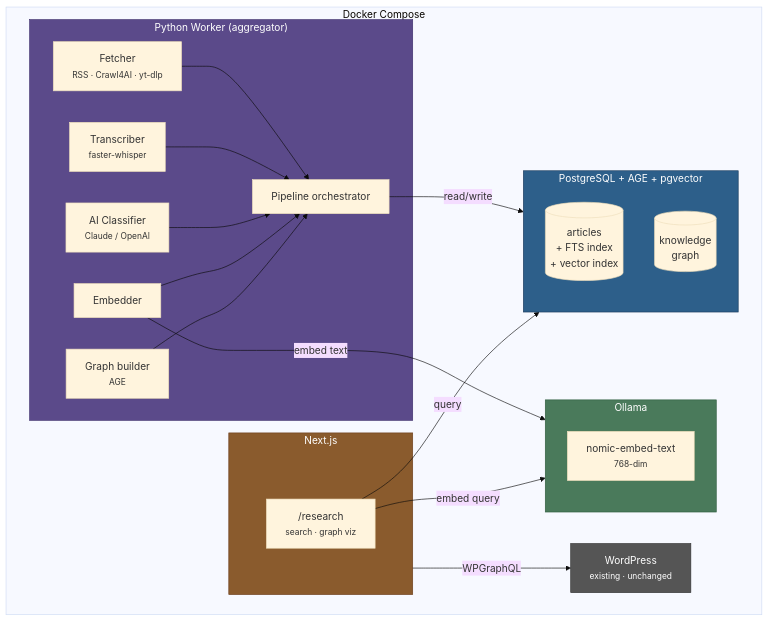
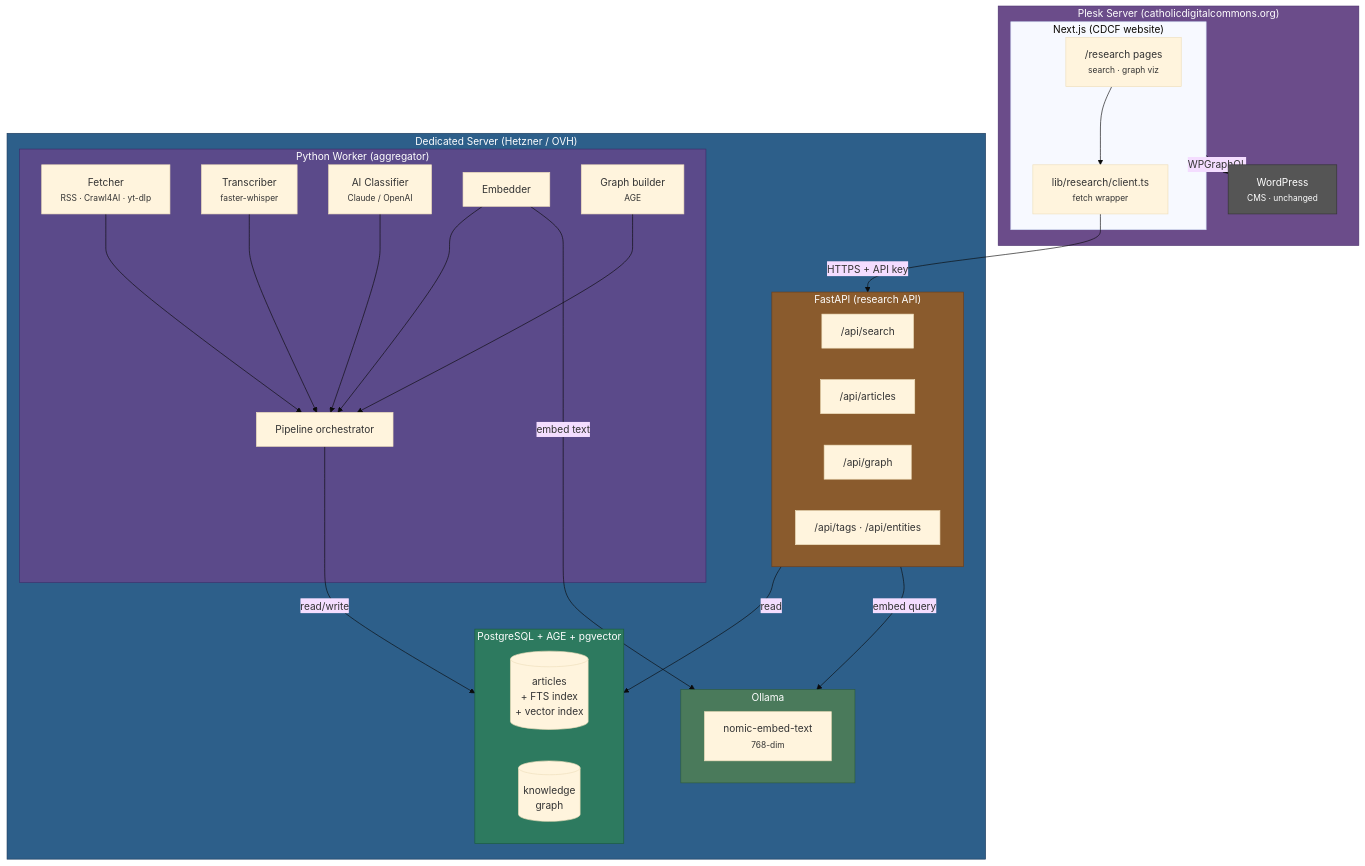
Before and after one commit to CatholicOS/cdcf-website: the diagram in docs/content-aggregator.md, drawn with Mermaid (base theme). The commit also changed other lines of this file, not shown here.

First line of the commit message:
docs: redesign aggregator as two-server architecture with FastAPI

````diff
--- a/docs/content-aggregator.md
+++ b/docs/content-aggregator.md
@@ -9,52 +9,68 @@
 ```mermaid
 graph TB
-    subgraph Docker Compose
+    subgraph plesk["Plesk Server (catholicdigitalcommons.org)"]
+        subgraph nextjs["Next.js (CDCF website)"]
+            research["/research pages<br/><small>search · graph viz</small>"]
+            researchClient["lib/research/client.ts<br/><small>fetch wrapper</small>"]
+        end
+        wordpress["WordPress<br/><small>CMS · unchanged</small>"]
+    end
+
+    subgraph dedicated["Dedicated Server (Hetzner / OVH)"]
+        subgraph api["FastAPI (research API)"]
+            searchEndpoint["/api/search"]
+            articlesEndpoint["/api/articles"]
+            graphEndpoint["/api/graph"]
+            tagsEndpoint["/api/tags · /api/entities"]
+        end
+
         subgraph worker["Python Worker (aggregator)"]
             fetcher["Fetcher<br/><small>RSS · Crawl4AI · yt-dlp</small>"]
             transcriber["Transcriber<br/><small>faster-whisper</small>"]
             classifier["AI Classifier<br/><small>Claude / OpenAI</small>"]
             embedder["Embedder"]
-            pipeline["Pipeline orchestrator"]
+            pipelineOrch["Pipeline orchestrator"]
             graphbuilder["Graph builder<br/><small>AGE</small>"]
         end
 
         subgraph db["PostgreSQL + AGE + pgvector"]
             articles[("articles<br/>+ FTS index<br/>+ vector index")]
             knowledgegraph[("knowledge<br/>graph")]
         end
 
         subgraph ollama["Ollama"]
             nomic["nomic-embed-text<br/><small>768-dim</small>"]
         end
-
-        subgraph nextjs["Next.js"]
-            research["/research<br/><small>search · graph viz</small>"]
-        end
-
-        wordpress["WordPress<br/><small>existing · unchanged</small>"]
     end
 
-    fetcher --> pipeline
-    transcriber --> pipeline
-    classifier --> pipeline
-    embedder --> pipeline
-    graphbuilder --> pipeline
-
-    pipeline -->|"read/write"| db
-    embedder -->|"embed text"| ollama
-    research -->|"query"| db
-    research -->|"embed query"| ollama
+    research --> researchClient
+    researchClient -->|"HTTPS + API key"| api
     nextjs -->|"WPGraphQL"| wordpress
 
-    classDef dbStyle fill:#2d5f8a,stroke:#1a3a5c,color:#fff
+    fetcher --> pipelineOrch
+    transcriber --> pipelineOrch
+    classifier --> pipelineOrch
+    embedder --> pipelineOrch
+    graphbuilder --> pipelineOrch
+
+    pipelineOrch -->|"read/write"| db
+    api -->|"read"| db
+    embedder -->|"embed text"| ollama
+    api -->|"embed query"| ollama
+
+    classDef pleskStyle fill:#6b4c8a,stroke:#4a2e6b,color:#fff
+    classDef dedicatedStyle fill:#2d5f8a,stroke:#1a3a5c,color:#fff
+    classDef apiStyle fill:#8a5b2d,stroke:#6b3d1a,color:#fff
     classDef workerStyle fill:#5b4a8a,stroke:#3d2e6b,color:#fff
+    classDef dbStyle fill:#2d7a5f,stroke:#1a5c3a,color:#fff
     classDef ollamaStyle fill:#4a7a5b,stroke:#2e5c3d,color:#fff
-    classDef nextStyle fill:#8a5b2d,stroke:#6b3d1a,color:#fff
     classDef wpStyle fill:#555,stroke:#333,color:#fff
 
+    class plesk pleskStyle
+    class dedicated dedicatedStyle
+    class api apiStyle
+    class worker workerStyle
     class db dbStyle
-    class worker workerStyle
     class ollama ollamaStyle
-    class nextjs nextStyle
     class wordpress wpStyle
 ```
````
